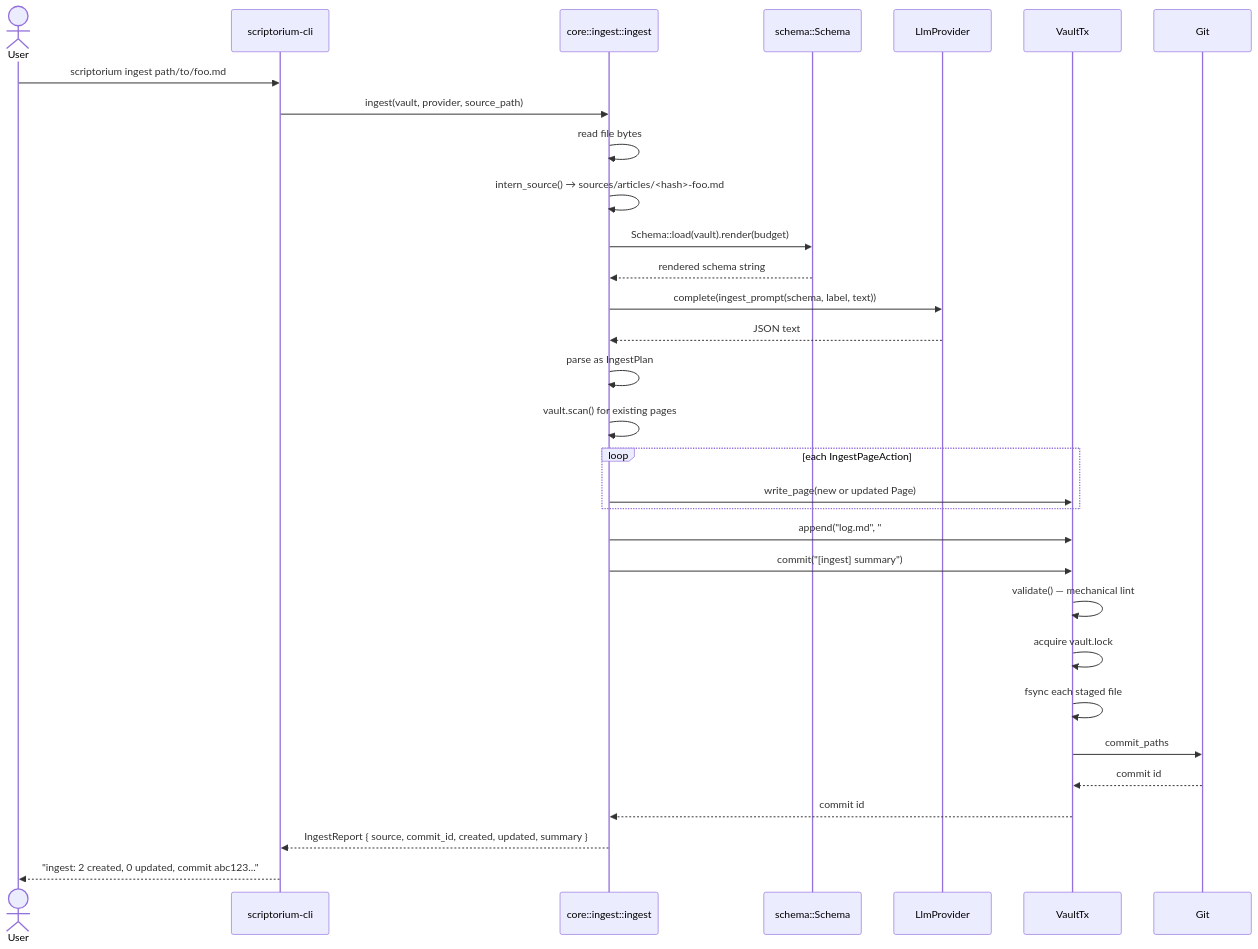
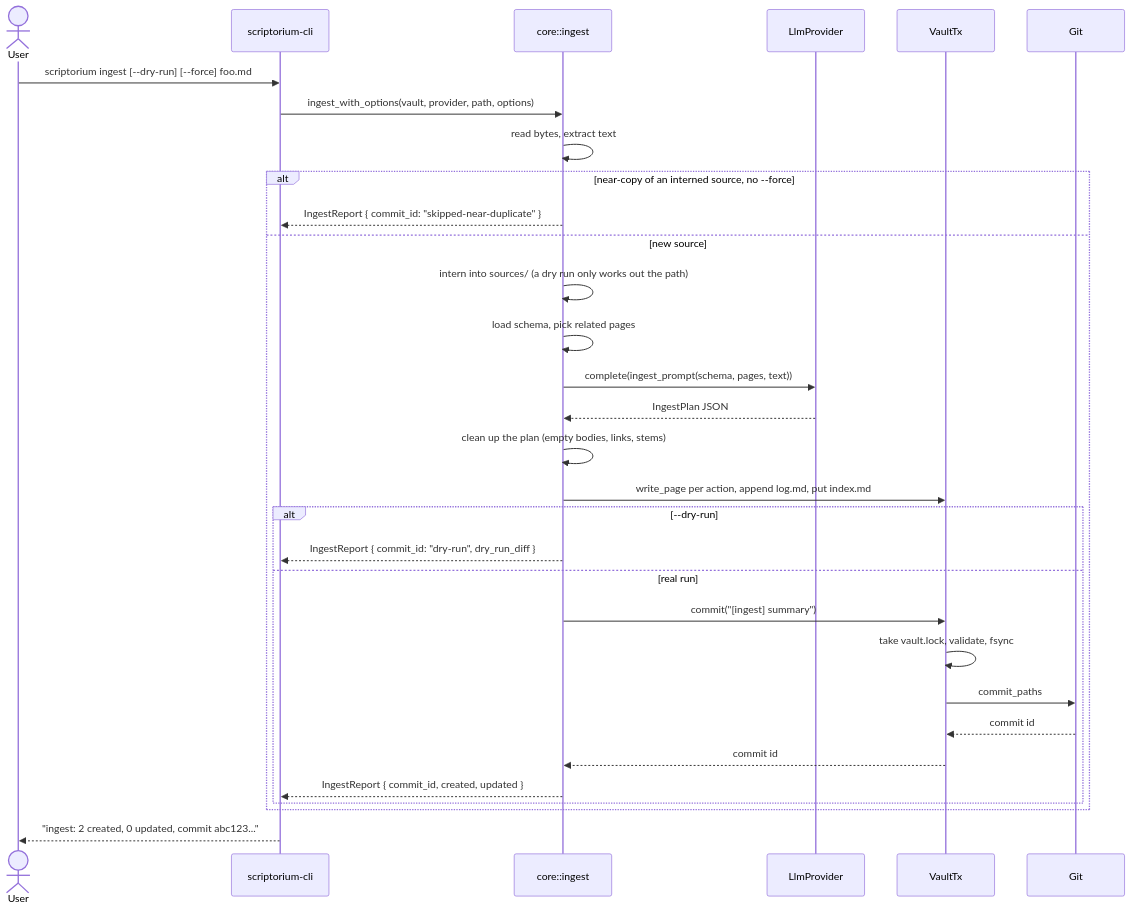
One commit to xpolb01/scriptorium changed the sixth of 9 diagrams in docs/ARCHITECTURE.md. Above: the diagram before and after it, drawn with Mermaid. The commit also changed other lines of this file and 5 other files, not shown here.

````diff
--- a/docs/ARCHITECTURE.md
+++ b/docs/ARCHITECTURE.md
@@ -561,34 +561,34 @@
 ```mermaid
 sequenceDiagram
     actor User
     participant CLI as scriptorium-cli
-    participant Core as core::ingest::ingest
-    participant Schema as schema::Schema
+    participant Core as core::ingest
     participant LLM as LlmProvider
     participant Tx as VaultTx
     participant Git
 
-    User->>CLI: scriptorium ingest path/to/foo.md
-    CLI->>Core: ingest(vault, provider, source_path)
-    Core->>Core: read file bytes
-    Core->>Core: intern_source() → sources/articles/<hash>-foo.md
-    Core->>Schema: Schema::load(vault).render(budget)
-    Schema-->>Core: rendered schema string
-    Core->>LLM: complete(ingest_prompt(schema, label, text))
-    LLM-->>Core: JSON text
-    Core->>Core: parse as IngestPlan
-    Core->>Core: vault.scan() for existing pages
-    loop each IngestPageAction
-        Core->>Tx: write_page(new or updated Page)
+    User->>CLI: scriptorium ingest [--dry-run] [--force] foo.md
+    CLI->>Core: ingest_with_options(vault, provider, path, options)
+    Core->>Core: read bytes, extract text
+    alt near-copy of an interned source, no --force
+        Core-->>CLI: IngestReport { commit_id: "skipped-near-duplicate" }
+    else new source
+        Core->>Core: intern into sources/ (a dry run only works out the path)
+        Core->>Core: load schema, pick related pages
+        Core->>LLM: complete(ingest_prompt(schema, pages, text))
+        LLM-->>Core: IngestPlan JSON
+        Core->>Core: clean up the plan (empty bodies, links, stems)
+        Core->>Tx: write_page per action, append log.md, put index.md
+        alt --dry-run
+            Core-->>CLI: IngestReport { commit_id: "dry-run", dry_run_diff }
+        else real run
+            Core->>Tx: commit("[ingest] summary")
+            Tx->>Tx: take vault.lock, validate, fsync
+            Tx->>Git: commit_paths
+            Git-->>Tx: commit id
+            Tx-->>Core: commit id
+            Core-->>CLI: IngestReport { commit_id, created, updated }
+        end
     end
-    Core->>Tx: append("log.md", "## [DATE] ingest | summary")
-    Core->>Tx: commit("[ingest] summary")
-    Tx->>Tx: validate() — mechanical lint
-    Tx->>Tx: acquire vault.lock
-    Tx->>Tx: fsync each staged file
-    Tx->>Git: commit_paths
-    Git-->>Tx: commit id
-    Tx-->>Core: commit id
-    Core-->>CLI: IngestReport { source, commit_id, created, updated, summary }
     CLI-->>User: "ingest: 2 created, 0 updated, commit abc123..."
 ```
````
